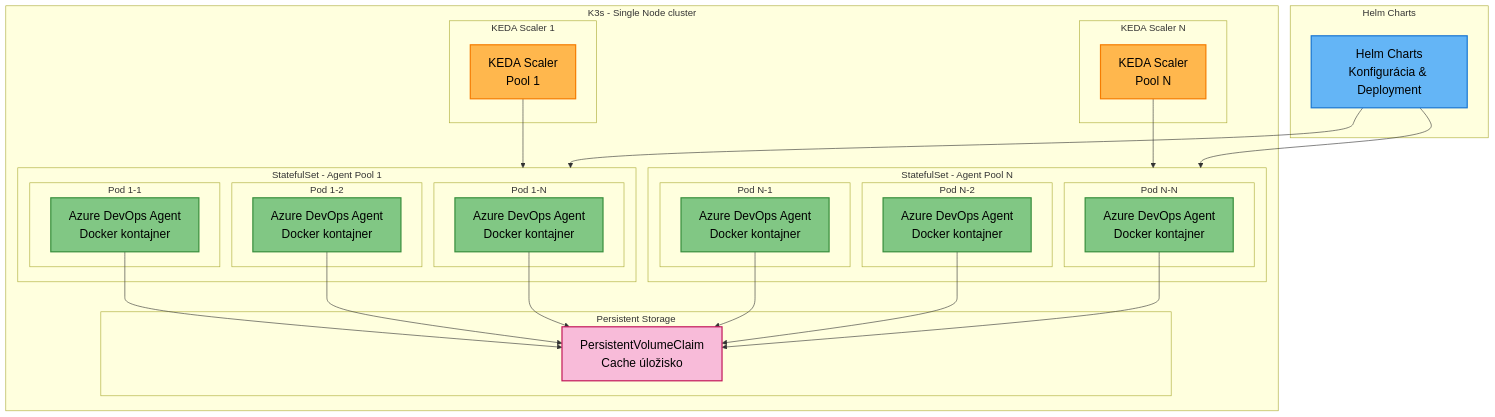
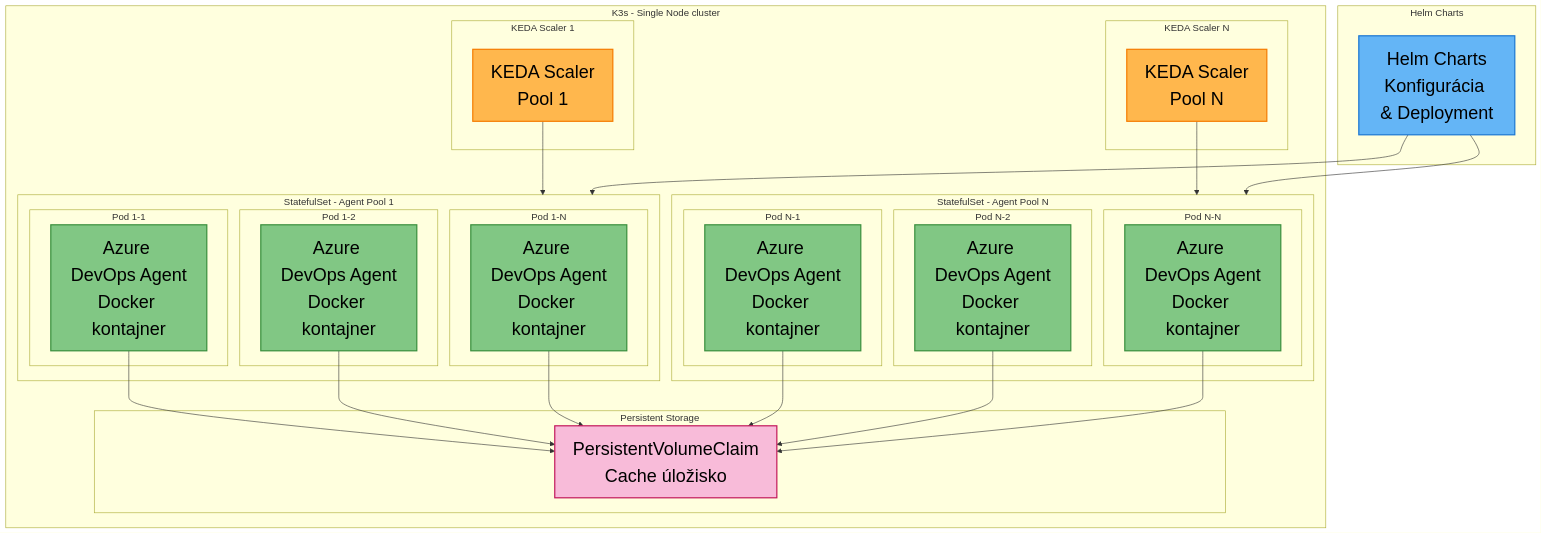
The first of 2 diagrams in linuxmachine/user-documentation.md (motycak/kros-sk.github.io), drawn with Mermaid before and after one commit.

````diff
--- a/linuxmachine/user-documentation.md
+++ b/linuxmachine/user-documentation.md
@@ -39,69 +39,69 @@
 ```mermaid
 graph TB
     subgraph "K3s - Single Node cluster"
         subgraph "KEDA Scaler 1"
             KEDA_SCALER1[KEDA Scaler<br/>Pool 1]
         end
         
         subgraph "KEDA Scaler N"
             KEDA_SCALERN[KEDA Scaler<br/>Pool N]
         end
         
         subgraph STATEFULSET_POOL1["StatefulSet - Agent Pool 1"]
             subgraph "Pod 1-1"
                 AGENT1_1[Azure DevOps Agent<br/>Docker kontajner]
             end
             subgraph "Pod 1-2"
                 AGENT1_2[Azure DevOps Agent<br/>Docker kontajner]
             end
             subgraph "Pod 1-N"
                 AGENT1_N[Azure DevOps Agent<br/>Docker kontajner]
             end
         end
         
         subgraph STATEFULSET_POOLN["StatefulSet - Agent Pool N"]
             subgraph "Pod N-1"
                 AGENTN_1[Azure DevOps Agent<br/>Docker kontajner]
             end
             subgraph "Pod N-2"
                 AGENTN_2[Azure DevOps Agent<br/>Docker kontajner]
             end
             subgraph "Pod N-N"
                 AGENTN_N[Azure DevOps Agent<br/>Docker kontajner]
             end
         end
         
         subgraph "Persistent Storage"
             PVC[PersistentVolumeClaim<br/>Cache úložisko]
         end
     end
     
     subgraph "Helm Charts"
         HELM[Helm Charts<br/>Konfigurácia & Deployment]
     end
     
     %% Connections
     KEDA_SCALER1 --> STATEFULSET_POOL1
     KEDA_SCALERN --> STATEFULSET_POOLN
     
     HELM --> STATEFULSET_POOL1
     HELM --> STATEFULSET_POOLN
     
     AGENT1_1 --> PVC
     AGENT1_2 --> PVC
     AGENT1_N --> PVC
     AGENTN_1 --> PVC
     AGENTN_2 --> PVC
     AGENTN_N --> PVC
     
     %% Styling
-    classDef keda fill:#ffb74d,stroke:#f57c00,stroke-width:2px,color:#000,font-size:20px
-    classDef k8s fill:#81c784,stroke:#388e3c,stroke-width:2px,color:#000,font-size:20px
-    classDef helm fill:#64b5f6,stroke:#1976d2,stroke-width:2px,color:#000,font-size:20px
-    classDef storage fill:#f8bbd9,stroke:#c2185b,stroke-width:2px,color:#000,font-size:20px
+    classDef keda fill:#ffb74d,stroke:#f57c00,stroke-width:2px,color:#000,font-size:30px
+    classDef k8s fill:#81c784,stroke:#388e3c,stroke-width:2px,color:#000,font-size:30px
+    classDef helm fill:#64b5f6,stroke:#1976d2,stroke-width:2px,color:#000,font-size:30px
+    classDef storage fill:#f8bbd9,stroke:#c2185b,stroke-width:2px,color:#000,font-size:30px
     
     class KEDA_SCALER1,KEDA_SCALERN keda
     class AGENT1_1,AGENT1_2,AGENT1_N,AGENTN_1,AGENTN_2,AGENTN_N k8s
     class HELM helm
     class PVC storage
 ```
````
